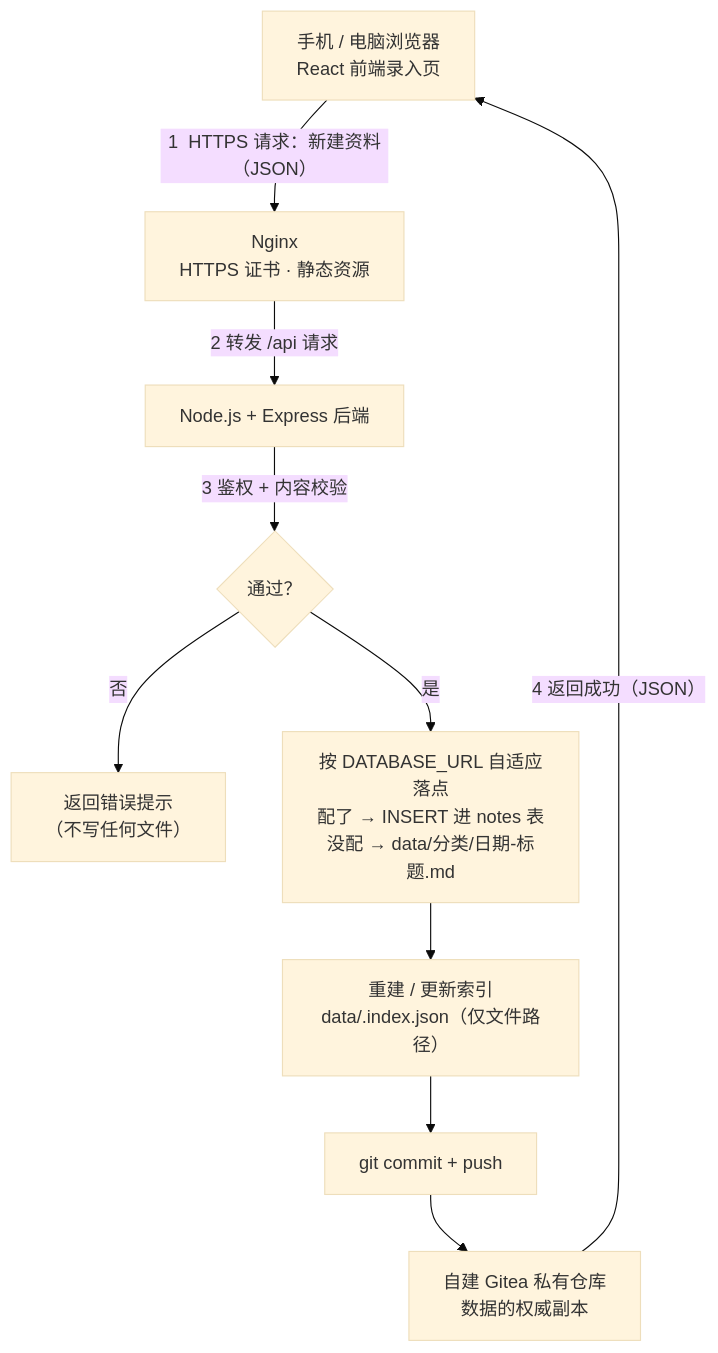
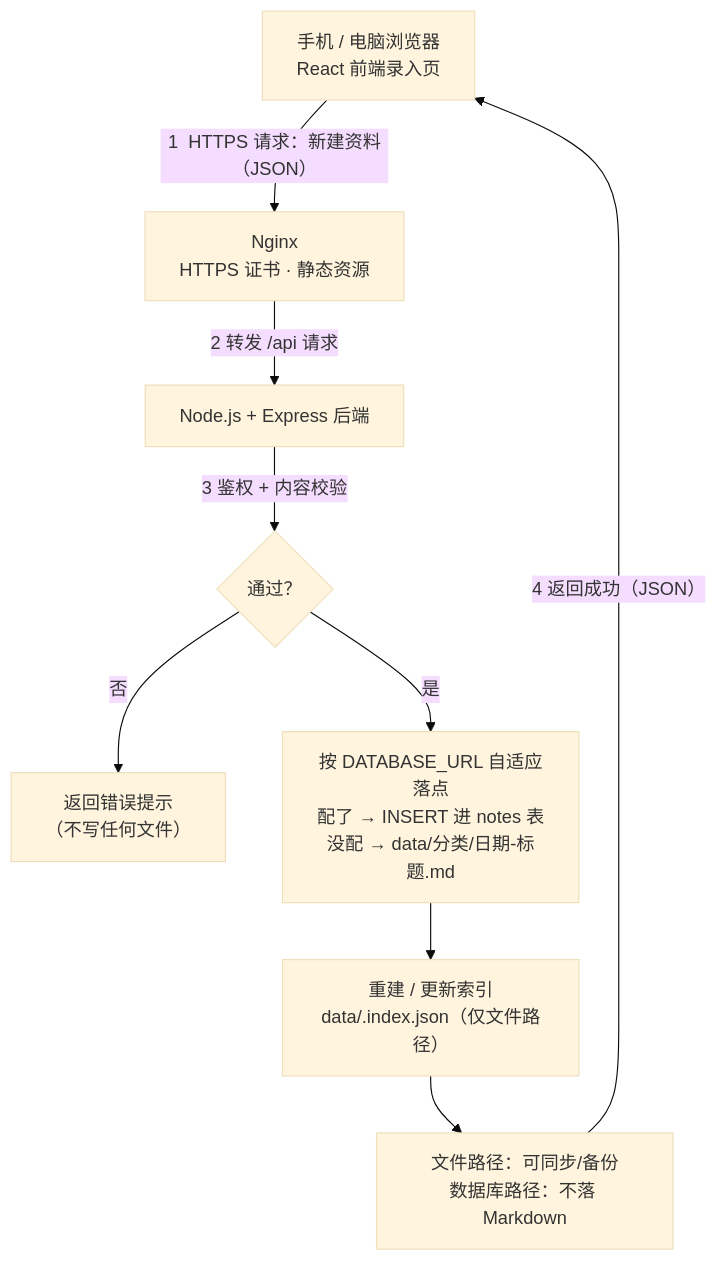
Before and after one commit to XingHo-VibeCoding/vbcd: the first of 9 diagrams in TECH_DESIGN.md, drawn with Mermaid (base theme). The commit also changed other lines of this file and 12 other files, not shown here.

First line of the commit message:
Day 25｜后台图片资产只读页 + 信息流规划文档对齐（接口计数 38→40）

````diff
--- a/TECH_DESIGN.md
+++ b/TECH_DESIGN.md
@@ -86,12 +86,11 @@
 ```mermaid
 flowchart TD
     A["手机 / 电脑浏览器<br/>React 前端录入页"] -->|"1  HTTPS 请求：新建资料（JSON）"| B["Nginx<br/>HTTPS 证书 · 静态资源"]
     B -->|"2  转发 /api 请求"| C["Node.js + Express 后端"]
     C -->|"3  鉴权 + 内容校验"| D{"通过？"}
     D -->|"否"| E["返回错误提示<br/>（不写任何文件）"]
     D -->|"是"| F["按 DATABASE_URL 自适应落点<br/>配了 → INSERT 进 notes 表<br/>没配 → data/分类/日期-标题.md"]
     F --> G["重建 / 更新索引<br/>data/.index.json（仅文件路径）"]
-    G --> H["git commit + push"]
-    H --> I["自建 Gitea 私有仓库<br/>数据的权威副本"]
-    I -->|"4  返回成功（JSON）"| A
+    G --> H["文件路径：可同步/备份<br/>数据库路径：不落 Markdown"]
+    H -->|"4  返回成功（JSON）"| A
 ```
````
